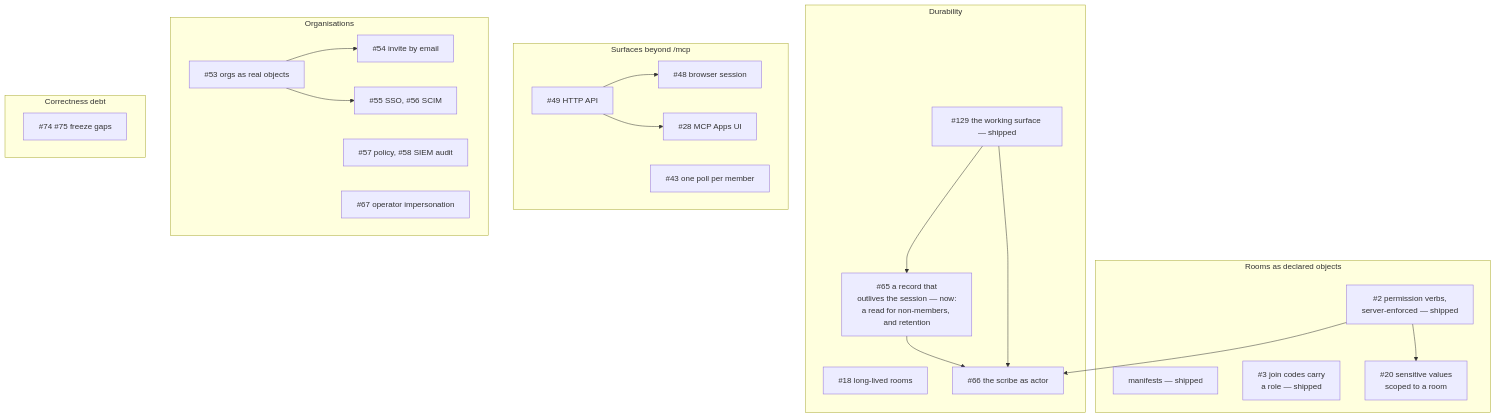
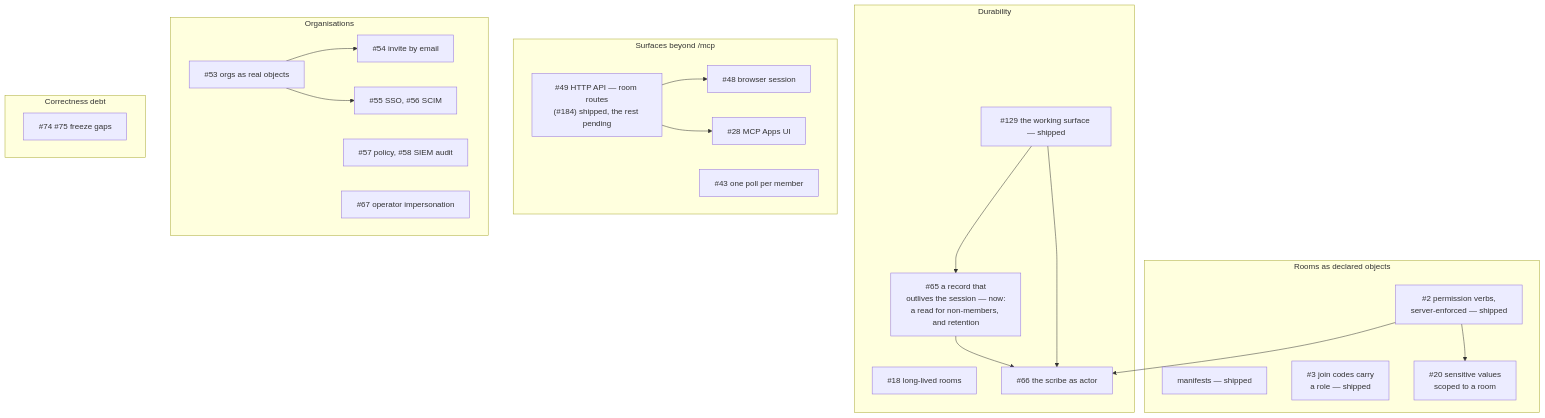
The seventh of 7 diagrams in docs/ARCHITECTURE.md (bellman-sh/bellman), drawn with Mermaid before and after one commit. The commit also changed other lines of this file, not shown here.

Commit message:
Record the room routes as landed in ARCHITECTURE, with the cut and the list's bound they now keep

````diff
--- a/docs/ARCHITECTURE.md
+++ b/docs/ARCHITECTURE.md
@@ -886,41 +891,41 @@
 ```mermaid
 flowchart TB
     subgraph A["Rooms as declared objects"]
         A1["manifests — shipped"]
         A2["#2 permission verbs,<br/>server-enforced — shipped"]
         A3["#3 join codes carry<br/>a role — shipped"]
         A4["#20 sensitive values<br/>scoped to a room"]
     end
     subgraph B["Durability"]
         B0["#129 the working surface — shipped"]
         B1["#18 long-lived rooms"]
         B2["#65 a record that<br/>outlives the session — now:<br/>a read for non-members, and retention"]
         B3["#66 the scribe as actor"]
     end
     subgraph C["Surfaces beyond /mcp"]
-        C1["#49 HTTP API"]
+        C1["#49 HTTP API — room routes<br/>(#184) shipped, the rest pending"]
         C2["#48 browser session"]
         C3["#28 MCP Apps UI"]
         C4["#43 one poll per member"]
     end
     subgraph D["Organisations"]
         D1["#53 orgs as real objects"]
         D2["#54 invite by email"]
         D3["#55 SSO, #56 SCIM"]
         D4["#57 policy, #58 SIEM audit"]
         D5["#67 operator impersonation"]
     end
     subgraph E["Correctness debt"]
         E3["#74 #75 freeze gaps"]
     end
 
     A2 --> A4
     A2 --> B3
     B2 --> B3
     B0 --> B2
     B0 --> B3
     C1 --> C2
     C1 --> C3
     D1 --> D2
     D1 --> D3
 ```
````
